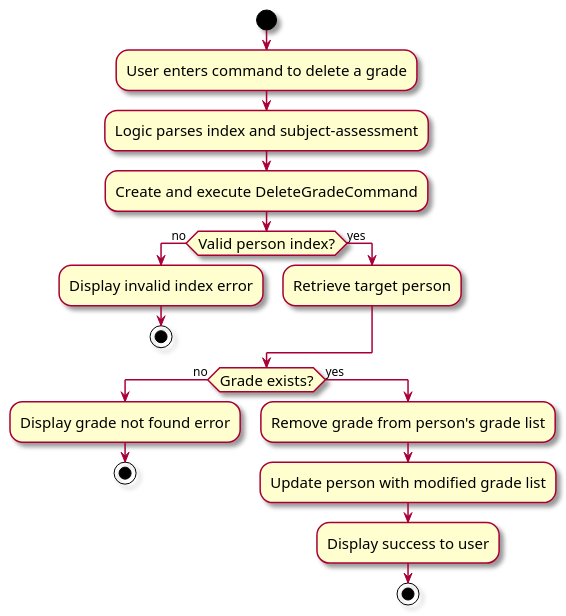
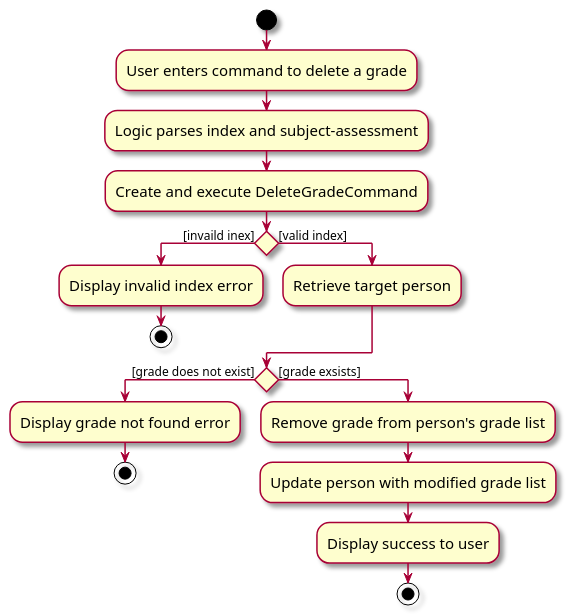
Before and after one commit to tonyvict/tp: the diagram in docs/diagrams/DeleteGradeCommandActivityDiagram.puml, drawn with PlantUML. The commit also changed 8 other files, not shown here.

Commit message:
Update activity diagrams

```diff
--- a/docs/diagrams/DeleteGradeCommandActivityDiagram.puml
+++ b/docs/diagrams/DeleteGradeCommandActivityDiagram.puml
@@ -1,24 +1,24 @@
 @startuml
 skin rose
 skinparam ActivityFontSize 15
 skinparam ArrowFontSize 12
 start
 :User enters command to delete a grade;
 :Logic parses index and subject-assessment;
 :Create and execute DeleteGradeCommand;
-if (Valid person index?) then (no)
+if () then ([invaild inex])
   :Display invalid index error;
   stop
-else (yes)
+else ([valid index])
   :Retrieve target person;
 endif
-if (Grade exists?) then (no)
+if () then ([grade does not exist])
   :Display grade not found error;
   stop
-else (yes)
+else ([grade exsists])
   :Remove grade from person's grade list;
   :Update person with modified grade list;
   :Display success to user;
   stop
 endif
 @enduml
```
